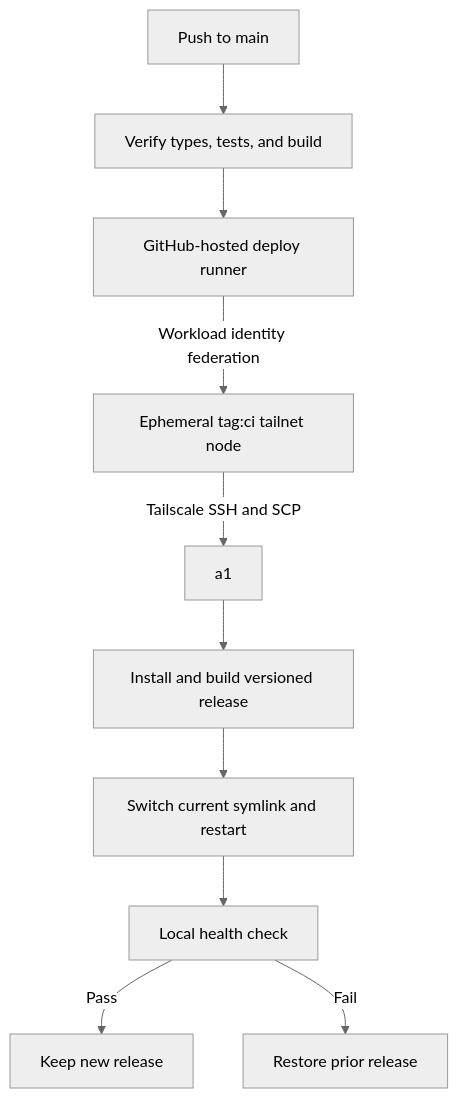
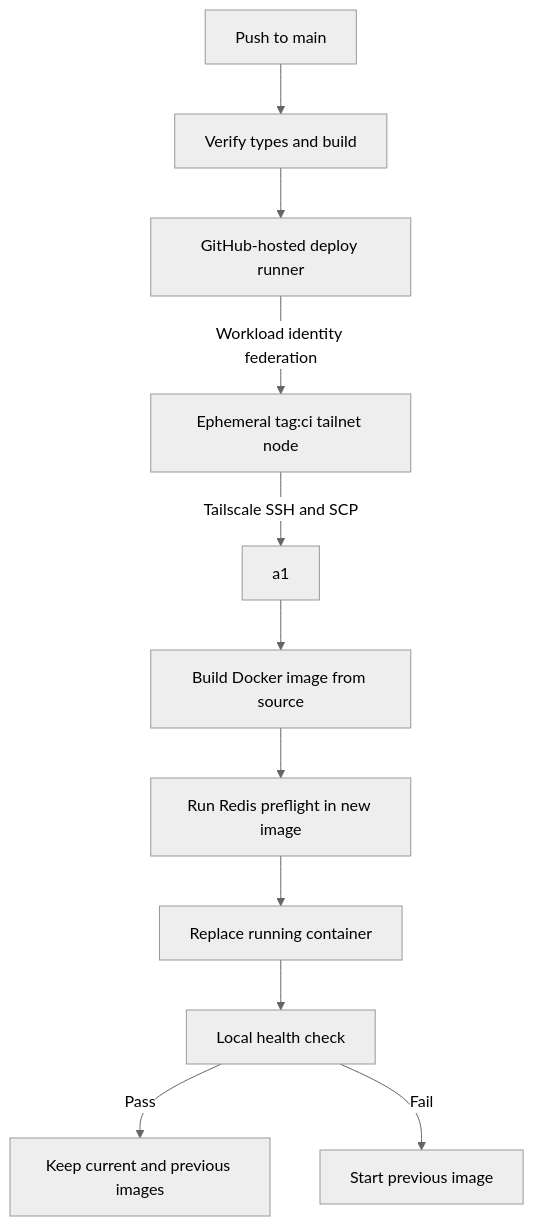
One commit to RutamBhagat/crossval changed the second of 2 diagrams in README.md. Above: the diagram before and after it, drawn with Mermaid (neutral theme). The commit also changed other lines of this file and 92 other files, not shown here.

````diff
--- a/README.md
+++ b/README.md
@@ -108,12 +102,13 @@
 ```mermaid
 flowchart TD
-    P[Push to main] --> Q[Verify types, tests, and build]
+    P[Push to main] --> Q[Verify types and build]
     Q --> G[GitHub-hosted deploy runner]
     G -->|Workload identity federation| T[Ephemeral tag:ci tailnet node]
     T -->|Tailscale SSH and SCP| A[a1]
-    A --> R[Install and build versioned release]
-    R --> S[Switch current symlink and restart]
+    A --> D[Build Docker image from source]
+    D --> R[Run Redis preflight in new image]
+    R --> S[Replace running container]
     S --> H[Local health check]
-    H -->|Pass| K[Keep new release]
-    H -->|Fail| B[Restore prior release]
+    H -->|Pass| K[Keep current and previous images]
+    H -->|Fail| B[Start previous image]
 ```
````
